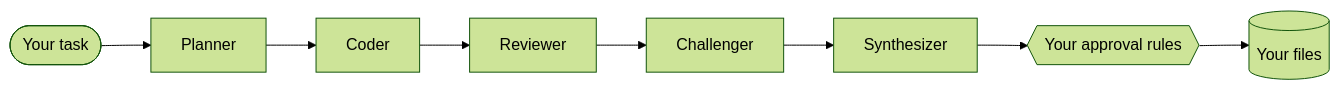
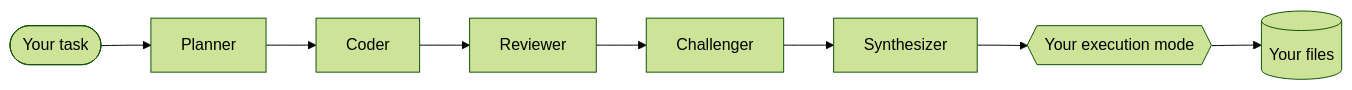
Before and after one commit to Surya-Hariharan/Velune-CLI: the diagram in README.md, drawn with Mermaid (forest theme). The commit also changed other lines of this file and 6 other files, not shown here.

First line of the commit message:
docs: add verified README graphics and a test that keeps them true

````diff
--- a/README.md
+++ b/README.md
@@ -78,10 +83,10 @@
 ```mermaid
 flowchart LR
     T([Your task]) --> P[Planner]
     P --> C[Coder]
     C --> R[Reviewer]
     R --> X[Challenger]
     X --> S[Synthesizer]
-    S --> A{{"Your approval rules"}}
+    S --> A{{"Your execution mode"}}
     A --> F[(Your files)]
 ```
````
